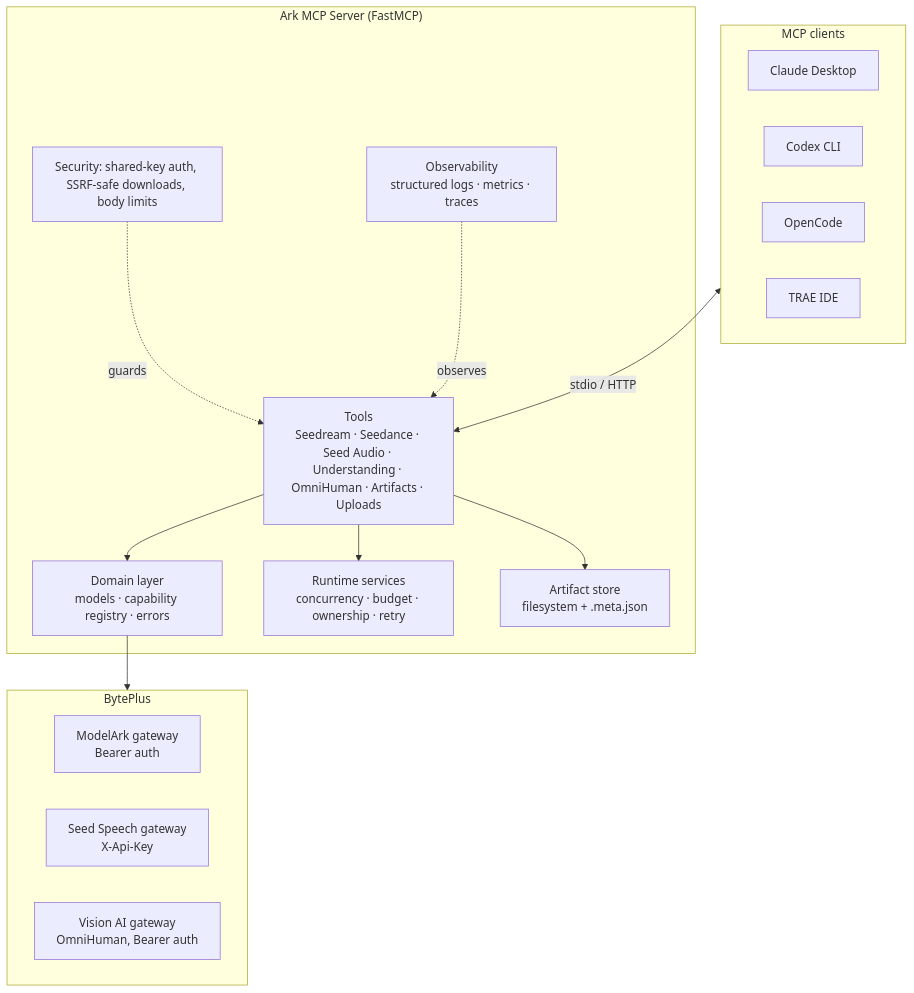
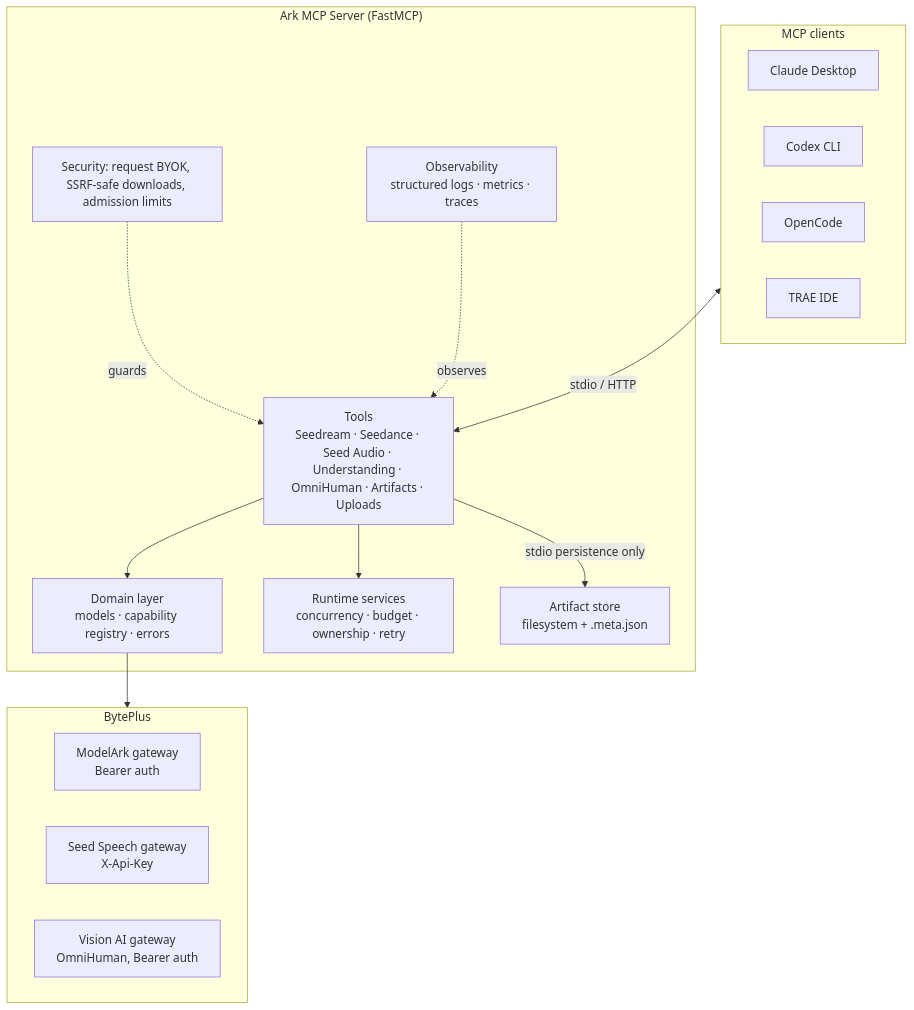
One commit to byteplus-sa/seed-mcp changed the first of 3 diagrams in README.md. Above: the diagram before and after it, drawn with Mermaid. The commit also changed other lines of this file and 180 other files, not shown here.

First line of the commit message:
feat!: add request-scoped BYOK for hosted HTTP

````diff
--- a/README.md
+++ b/README.md
@@ -172,29 +176,29 @@
 ```mermaid
 flowchart TB
   subgraph Client["MCP clients"]
     CD[Claude Desktop]
     CX[Codex CLI]
     OC[OpenCode]
     TR[TRAE IDE]
   end
   subgraph Server["Ark MCP Server (FastMCP)"]
     Tools["Tools<br/>Seedream · Seedance · Seed Audio · Understanding · OmniHuman · Artifacts · Uploads"]
     Domain["Domain layer<br/>models · capability registry · errors"]
     Runtime["Runtime services<br/>concurrency · budget · ownership · retry"]
     Store["Artifact store<br/>filesystem + .meta.json"]
-    Sec["Security: shared-key auth, SSRF-safe downloads, body limits"]
+    Sec["Security: request BYOK, SSRF-safe downloads, admission limits"]
     Obs["Observability<br/>structured logs · metrics · traces"]
   end
   subgraph Providers["BytePlus"]
     MA["ModelArk gateway<br/>Bearer auth"]
     SS["Seed Speech gateway<br/>X-Api-Key"]
     CV["Vision AI gateway<br/>OmniHuman, Bearer auth"]
   end
   Client <-->|"stdio / HTTP"| Tools
   Tools --> Domain
   Tools --> Runtime
-  Tools --> Store
+  Tools -->|"stdio persistence only"| Store
   Domain --> Providers
   Sec -. guards .-> Tools
   Obs -. observes .-> Tools
 ```
````
